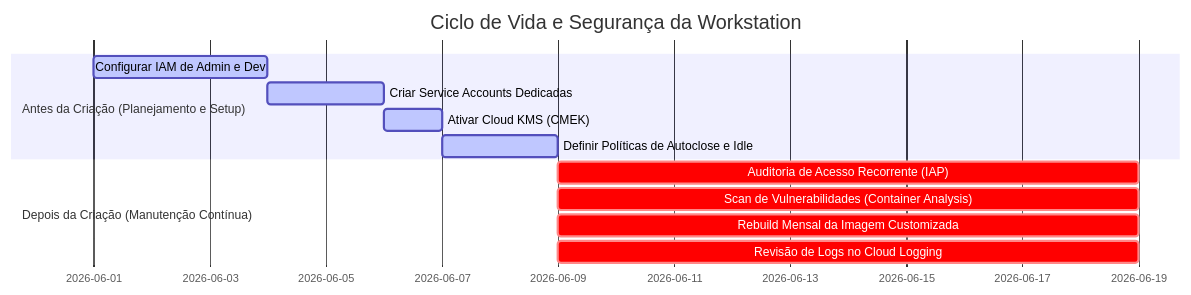
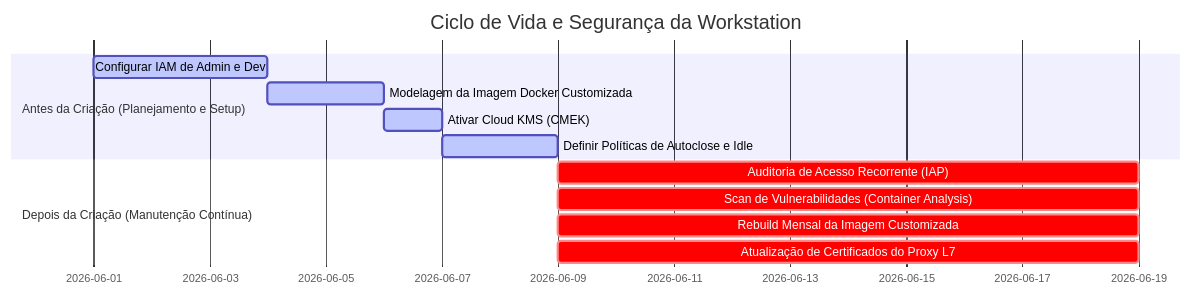
One commit to sahvieirag/cloud-workstations-custom changed the first of 2 diagrams in docs/maintenance_access_control_best_practices.md. Above: the diagram before and after it, drawn with Mermaid. The commit also changed other lines of this file and 8 other files, not shown here.

````diff
--- a/docs/maintenance_access_control_best_practices.md
+++ b/docs/maintenance_access_control_best_practices.md
@@ -13,15 +13,15 @@
 ```mermaid
 gantt
     title Ciclo de Vida e Segurança da Workstation
     dateFormat  YYYY-MM-DD
     section Antes da Criação (Planejamento e Setup)
     Configurar IAM de Admin e Dev           :active, first_iam, 2026-06-01, 3d
-    Criar Service Accounts Dedicadas       :active, service_acct, after first_iam, 2d
-    Ativar Cloud KMS (CMEK)                :active, kms_setup, after service_acct, 1d
+    Modelagem da Imagem Docker Customizada :active, docker_design, after first_iam, 2d
+    Ativar Cloud KMS (CMEK)                :active, kms_setup, after docker_design, 1d
     Definir Políticas de Autoclose e Idle  :active, policy_def, after kms_setup, 2d
     section Depois da Criação (Manutenção Contínua)
     Auditoria de Acesso Recorrente (IAP)   :crit, access_audit, after policy_def, 10d
     Scan de Vulnerabilidades (Container Analysis) :crit, vuln_scan, after policy_def, 10d
     Rebuild Mensal da Imagem Customizada   :crit, image_rebuild, after policy_def, 10d
-    Revisão de Logs no Cloud Logging       :crit, log_review, after policy_def, 10d
+    Atualização de Certificados do Proxy L7:crit, cert_update, after policy_def, 10d
 ```
````
